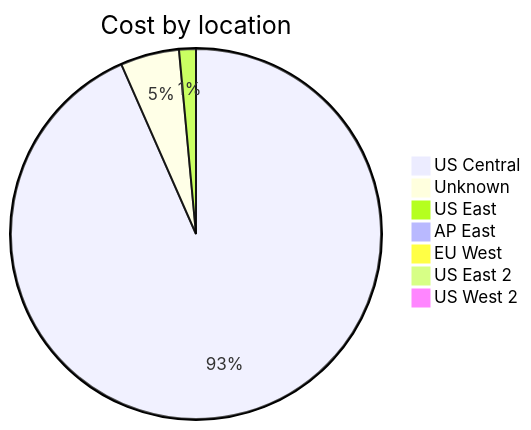
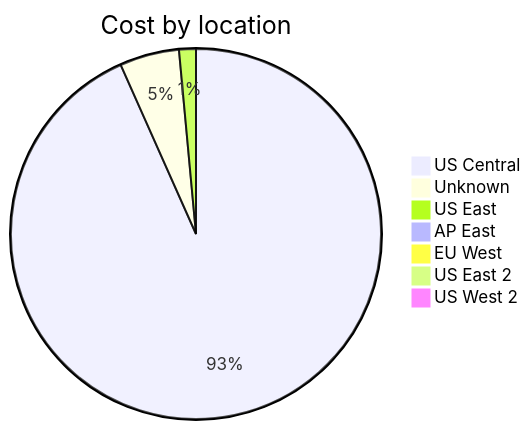
The third of 4 diagrams in cost-reports/accumulated-cost.md (jpfulton/azure-personal-reports), drawn with Mermaid before and after one commit. The commit also changed other lines of this file and 4 other files, not shown here.

````diff
--- a/cost-reports/accumulated-cost.md
+++ b/cost-reports/accumulated-cost.md
@@ -123,11 +123,11 @@
 ```mermaid
 pie
    title Cost by location
-   "US Central" : 7.64
-   "Unknown" : 0.42
-   "US East" : 0.12
+   "US Central" : 8.26
+   "Unknown" : 0.46
+   "US East" : 0.13
    "AP East" : 0.00
    "EU West" : 0.00
    "US East 2" : 0.00
    "US West 2" : 0.00
 ```
````
